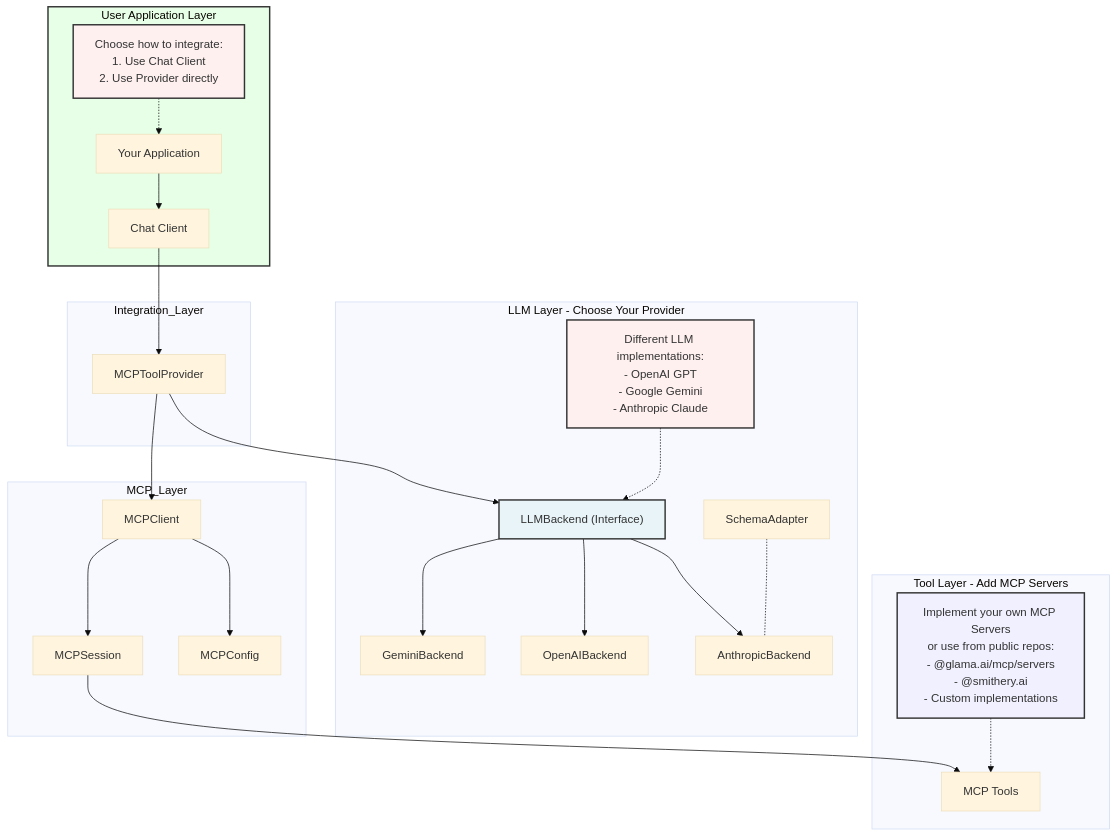
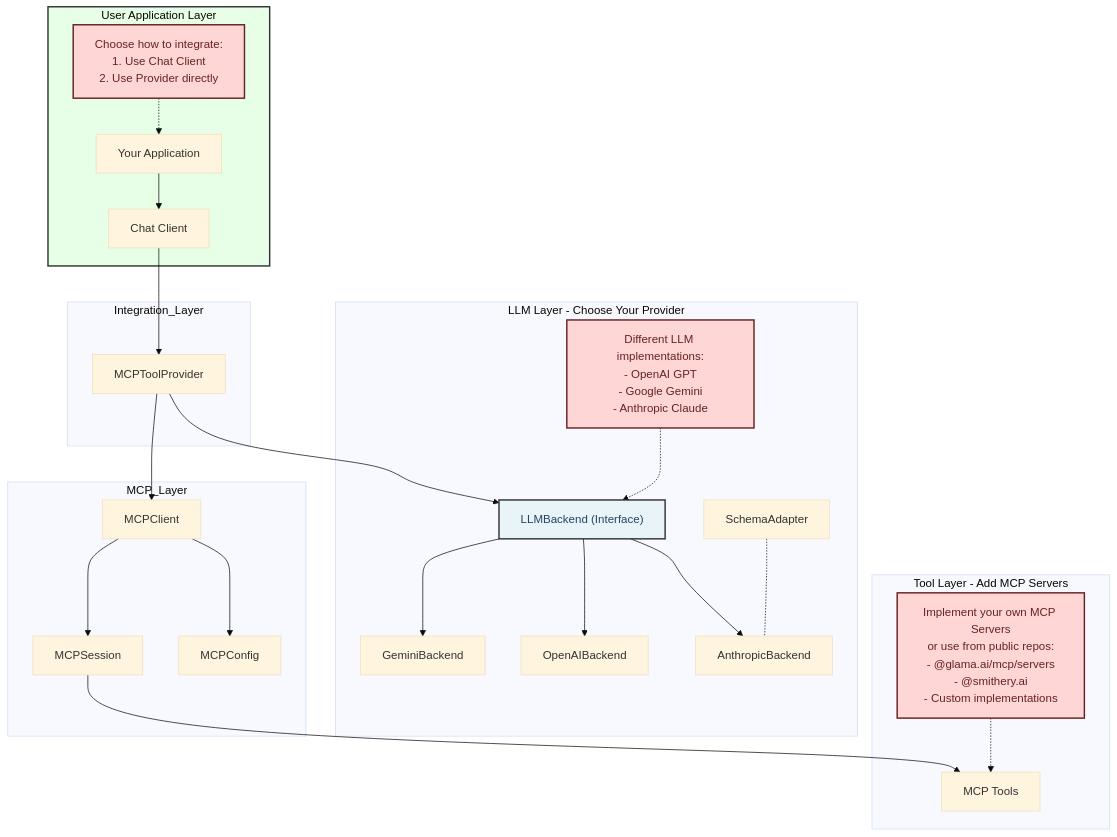
Before and after one commit to beanone/agentical: the diagram in README.md, drawn with Mermaid (base theme). The commit also changed 1 other file, not shown here.

Commit message:
Updated diagram

````diff
--- a/README.md
+++ b/README.md
@@ -214,60 +214,60 @@
 ```mermaid
 graph TD
     subgraph Application_Layer[User Application Layer]
         App[Your Application]
         Chat[Chat Client]
         App --> Chat
         note1[Choose how to integrate:<br/>1. Use Chat Client<br/>2. Use Provider directly]
         note1 -.-> App
     end
 
     subgraph Integration_Layer
         Provider[MCPToolProvider]
         Chat --> Provider
     end
 
     subgraph MCP_Layer
         MCP[MCPClient]
         Session[MCPSession]
         Config[MCPConfig]
         MCP --> Session
         MCP --> Config
         Provider --> MCP
     end
 
     subgraph LLM_Layer[LLM Layer - Choose Your Provider]
         LLMBackend["LLMBackend (Interface)"]
         Adapter[SchemaAdapter]
         
         Gemini[GeminiBackend]
         OpenAI[OpenAIBackend]
         Anthropic[AnthropicBackend]
         
         LLMBackend --> Gemini
         LLMBackend --> OpenAI
         LLMBackend --> Anthropic
         Adapter -.- Anthropic
         Provider --> LLMBackend
         
         note2[Different LLM implementations:<br/>- OpenAI GPT<br/>- Google Gemini<br/>- Anthropic Claude]
         note2 -.-> LLMBackend
     end
 
     subgraph Tool_Layer[Tool Layer - Add MCP Servers]
         Tools[MCP Tools]
         Session --> Tools
         note3[Implement your own MCP Servers<br/>or use from public repos:<br/>- @glama.ai/mcp/servers<br/>- @smithery.ai<br/>- Custom implementations]
         note3 -.-> Tools
     end
 
-    classDef interface fill:#e8f4f8,stroke:#333,stroke-width:2px
+    classDef interface fill:#e8f4f8,stroke:#333,stroke-width:2px,color:#224466
     classDef userLayer fill:#e6ffe6,stroke:#333,stroke-width:2px
-    classDef note fill:#fff0f0,stroke:#333,stroke-width:2px
-    classDef toolNote fill:#f0f0ff,stroke:#333,stroke-width:2px
+    classDef note fill:#ffd6d6,stroke:#662222,stroke-width:2px,color:#662222
+    classDef toolNote fill:#ffd6d6,stroke:#662222,stroke-width:2px,color:#662222
 
     class Application_Layer userLayer
     class LLMBackend interface
     class note1 note
     class note2 note
-    class note3 toolNote
+    class note3 note
 ```
````
